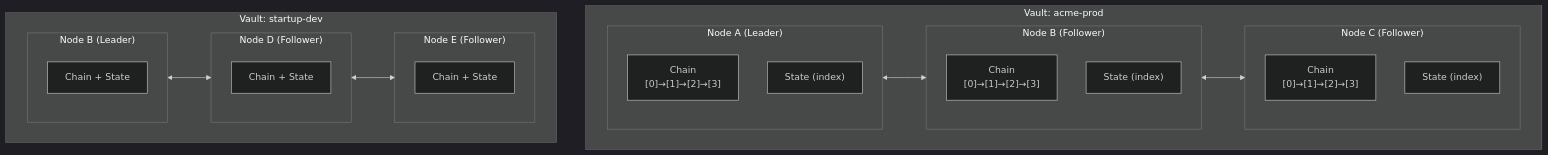
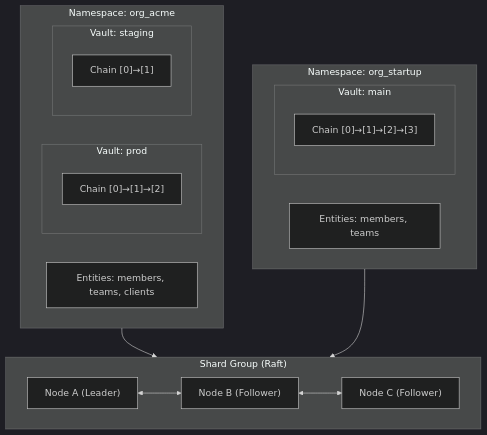
The first of 11 diagrams in DESIGN.md (inferadb/ledger), drawn with Mermaid (dark theme) before and after one commit. The commit also changed other lines of this file and 2 other files, not shown here.

````diff
--- a/DESIGN.md
+++ b/DESIGN.md
@@ -89,31 +124,29 @@
 ```mermaid
 graph TB
-    subgraph vault1["Vault: acme-prod"]
-        subgraph nodeA["Node A (Leader)"]
-            chainA["Chain<br/>[0]→[1]→[2]→[3]"]
-            stateA["State (index)"]
+    subgraph ns1["Namespace: org_acme"]
+        subgraph vault1["Vault: prod"]
+            chain1["Chain [0]→[1]→[2]"]
         end
-        subgraph nodeB["Node B (Follower)"]
-            chainB["Chain<br/>[0]→[1]→[2]→[3]"]
-            stateB["State (index)"]
+        subgraph vault2["Vault: staging"]
+            chain2["Chain [0]→[1]"]
         end
-        subgraph nodeC["Node C (Follower)"]
-            chainC["Chain<br/>[0]→[1]→[2]→[3]"]
-            stateC["State (index)"]
+        entities1["Entities: members, teams, clients"]
+    end
+
+    subgraph ns2["Namespace: org_startup"]
+        subgraph vault3["Vault: main"]
+            chain3["Chain [0]→[1]→[2]→[3]"]
         end
+        entities2["Entities: members, teams"]
+    end
+
+    subgraph shard["Shard Group (Raft)"]
+        nodeA["Node A (Leader)"]
+        nodeB["Node B (Follower)"]
+        nodeC["Node C (Follower)"]
         nodeA <--> nodeB <--> nodeC
     end
 
-    subgraph vault2["Vault: startup-dev"]
-        subgraph nodeB2["Node B (Leader)"]
-            chainB2["Chain + State"]
-        end
-        subgraph nodeD["Node D (Follower)"]
-            chainD["Chain + State"]
-        end
-        subgraph nodeE["Node E (Follower)"]
-            chainE["Chain + State"]
-        end
-        nodeB2 <--> nodeD <--> nodeE
-    end
+    ns1 --> shard
+    ns2 --> shard
 ```
````
